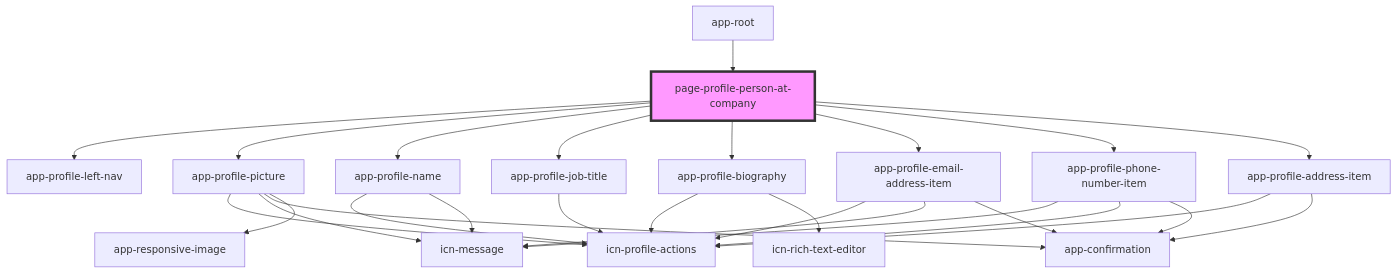
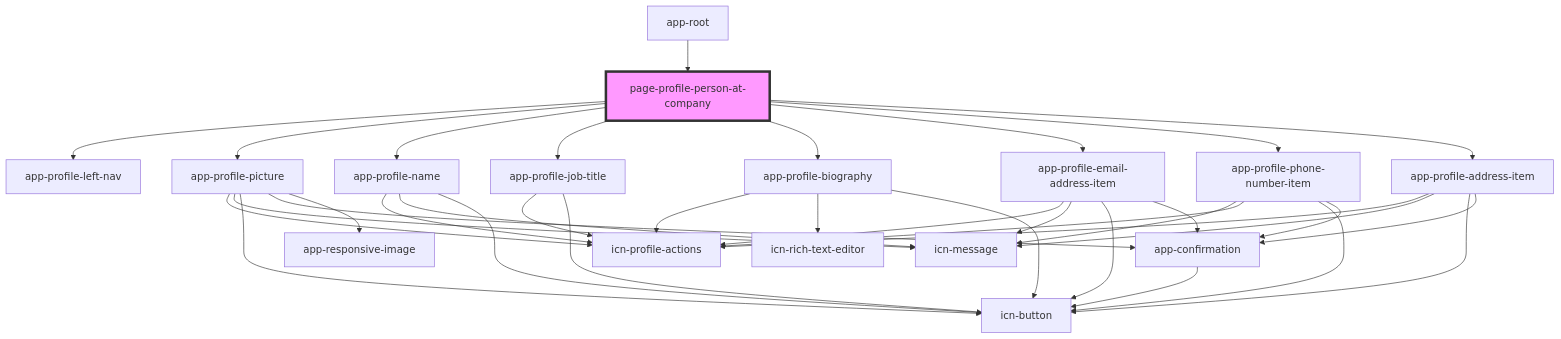
Before and after one commit to lokheed/IconEventNetwork.Web: the diagram in iconeventnetwork-web/src/components/pages/page-profile-person-at-company/readme.md, drawn with Mermaid. The commit also changed 61 other files, not shown here.

First line of the commit message:
Created icn-button component

````diff
--- a/iconeventnetwork-web/src/components/pages/page-profile-person-at-company/readme.md
+++ b/iconeventnetwork-web/src/components/pages/page-profile-person-at-company/readme.md
@@ -33,30 +33,39 @@
 ```mermaid
 graph TD;
   page-profile-person-at-company --> app-profile-left-nav
   page-profile-person-at-company --> app-profile-picture
   page-profile-person-at-company --> app-profile-name
   page-profile-person-at-company --> app-profile-job-title
   page-profile-person-at-company --> app-profile-biography
   page-profile-person-at-company --> app-profile-email-address-item
   page-profile-person-at-company --> app-profile-phone-number-item
   page-profile-person-at-company --> app-profile-address-item
   app-profile-picture --> icn-profile-actions
   app-profile-picture --> icn-message
+  app-profile-picture --> icn-button
   app-profile-picture --> app-confirmation
   app-profile-picture --> app-responsive-image
+  app-confirmation --> icn-button
   app-profile-name --> icn-profile-actions
   app-profile-name --> icn-message
+  app-profile-name --> icn-button
   app-profile-job-title --> icn-profile-actions
+  app-profile-job-title --> icn-button
   app-profile-biography --> icn-profile-actions
   app-profile-biography --> icn-rich-text-editor
+  app-profile-biography --> icn-button
   app-profile-email-address-item --> icn-profile-actions
   app-profile-email-address-item --> icn-message
+  app-profile-email-address-item --> icn-button
   app-profile-email-address-item --> app-confirmation
   app-profile-phone-number-item --> icn-message
   app-profile-phone-number-item --> icn-profile-actions
+  app-profile-phone-number-item --> icn-button
   app-profile-phone-number-item --> app-confirmation
   app-profile-address-item --> icn-profile-actions
+  app-profile-address-item --> icn-message
+  app-profile-address-item --> icn-button
   app-profile-address-item --> app-confirmation
   app-root --> page-profile-person-at-company
   style page-profile-person-at-company fill:#f9f,stroke:#333,stroke-width:4px
 ```
````
